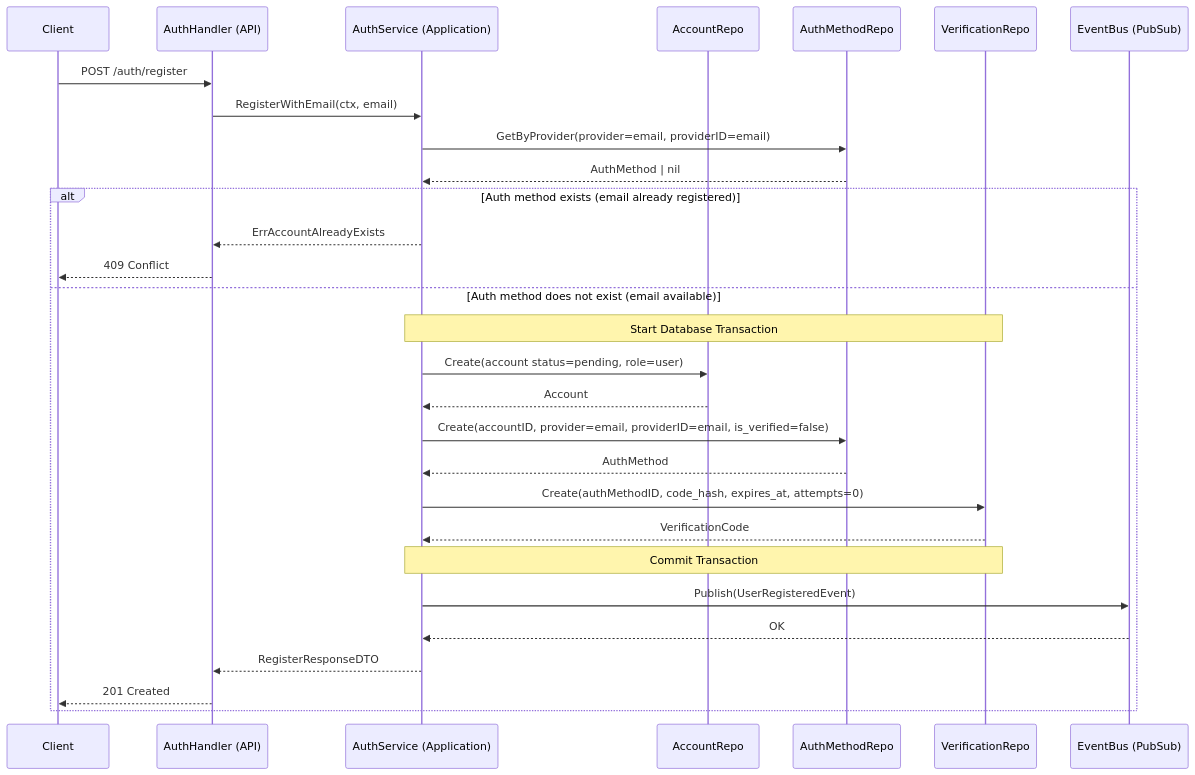
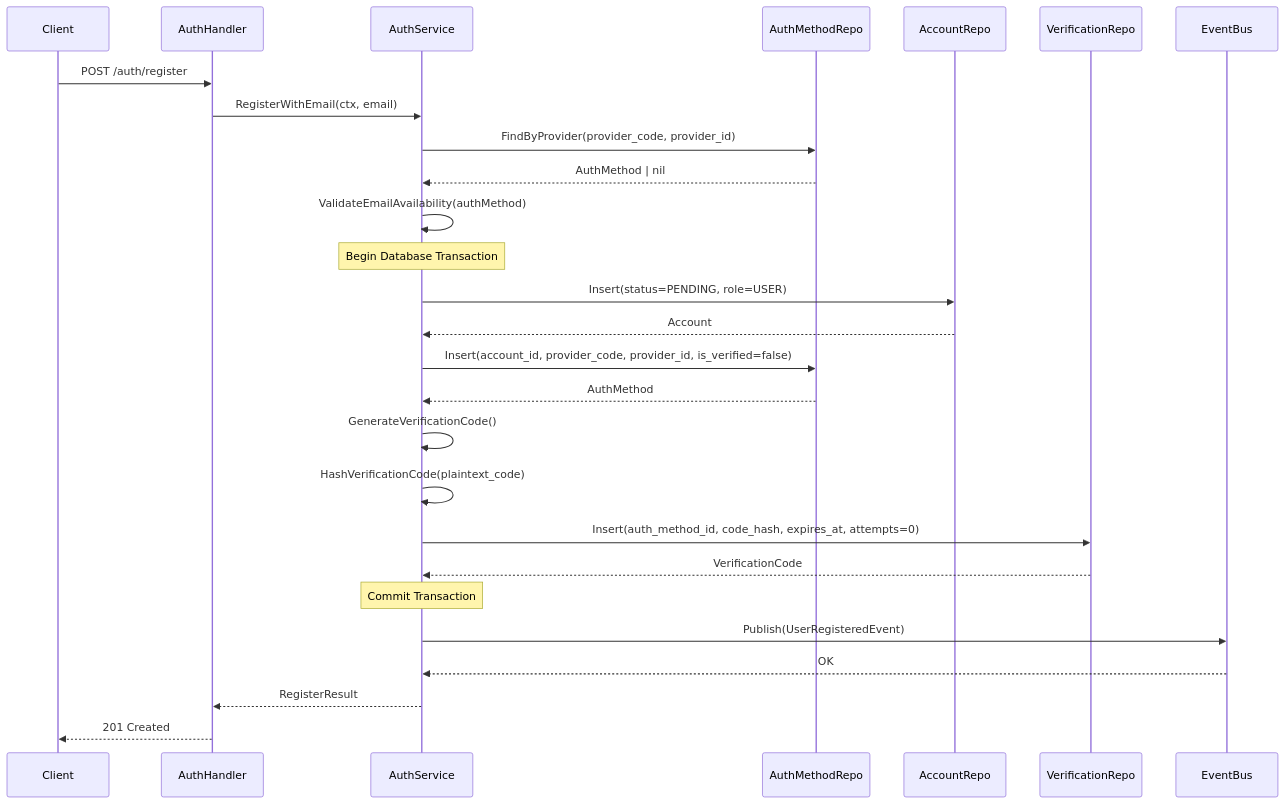
Before and after one commit to TheJisus28/ranco-auth-service: the diagram in docs/use-cases/register-with-email.md, drawn with Mermaid. The commit also changed other lines of this file and 1 other file, not shown here.

First line of the commit message:
docs: update user registration and add email verification use case

````diff
--- a/docs/use-cases/register-with-email.md
+++ b/docs/use-cases/register-with-email.md
@@ -90,41 +53,41 @@
 ```mermaid
 sequenceDiagram
-    participant C as Client
-    participant H as AuthHandler (API)
-    participant S as AuthService (Application)
-    participant AR as AccountRepo
-    participant AMR as AuthMethodRepo
-    participant VR as VerificationRepo
-    participant EB as EventBus (PubSub)
 
-    C->>H: POST /auth/register
+participant Client
+participant AuthHandler
+participant AuthService
+participant AuthMethodRepo
+participant AccountRepo
+participant VerificationRepo
+participant EventBus
 
-    H->>S: RegisterWithEmail(ctx, email)
+Client->>AuthHandler: POST /auth/register
+AuthHandler->>AuthService: RegisterWithEmail(ctx, email)
 
-    S->>AMR: GetByProvider(provider=email, providerID=email)
-    AMR-->>S: AuthMethod | nil
+AuthService->>AuthMethodRepo: FindByProvider(provider_code, provider_id)
+AuthMethodRepo-->>AuthService: AuthMethod | nil
 
-    alt Auth method exists (email already registered)
-        S-->>H: ErrAccountAlreadyExists
-        H-->>C: 409 Conflict
-    else Auth method does not exist (email available)
-        Note over S, VR: Start Database Transaction
+AuthService->>AuthService: ValidateEmailAvailability(authMethod)
 
-        S->>AR: Create(account status=pending, role=user)
-        AR-->>S: Account
+Note over AuthService: Begin Database Transaction
 
-        S->>AMR: Create(accountID, provider=email, providerID=email, is_verified=false)
-        AMR-->>S: AuthMethod
+AuthService->>AccountRepo: Insert(status=PENDING, role=USER)
+AccountRepo-->>AuthService: Account
 
-        S->>VR: Create(authMethodID, code_hash, expires_at, attempts=0)
-        VR-->>S: VerificationCode
+AuthService->>AuthMethodRepo: Insert(account_id, provider_code, provider_id, is_verified=false)
+AuthMethodRepo-->>AuthService: AuthMethod
 
-        Note over S, VR: Commit Transaction
+AuthService->>AuthService: GenerateVerificationCode()
+AuthService->>AuthService: HashVerificationCode(plaintext_code)
 
-        S->>EB: Publish(UserRegisteredEvent)
-        EB-->>S: OK
+AuthService->>VerificationRepo: Insert(auth_method_id, code_hash, expires_at, attempts=0)
+VerificationRepo-->>AuthService: VerificationCode
 
-        S-->>H: RegisterResponseDTO
-        H-->>C: 201 Created
-    end
+Note over AuthService: Commit Transaction
+
+AuthService->>EventBus: Publish(UserRegisteredEvent)
+EventBus-->>AuthService: OK
+
+AuthService-->>AuthHandler: RegisterResult
+AuthHandler-->>Client: 201 Created
 ```
````
